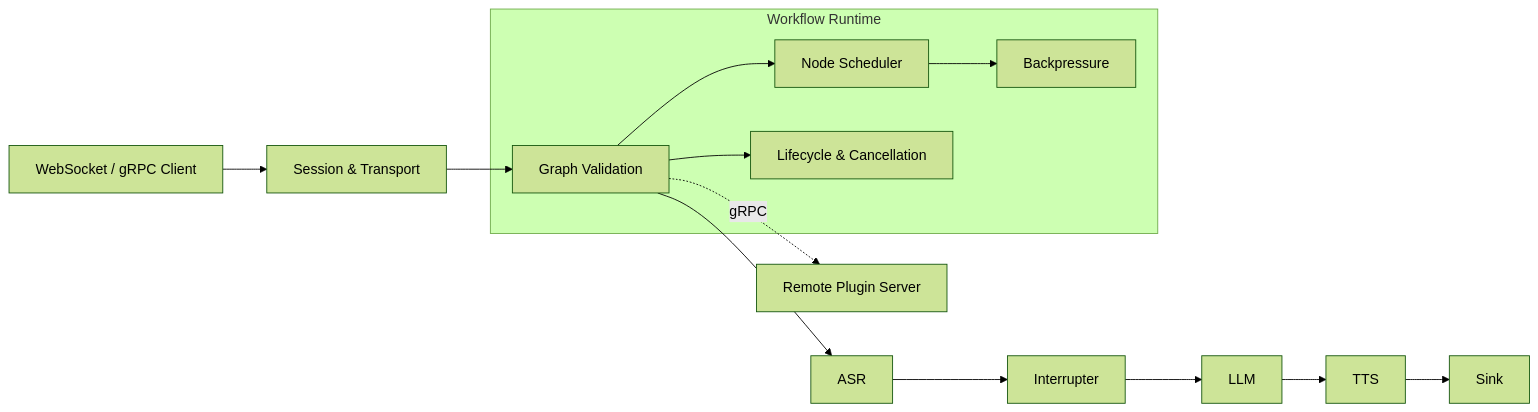
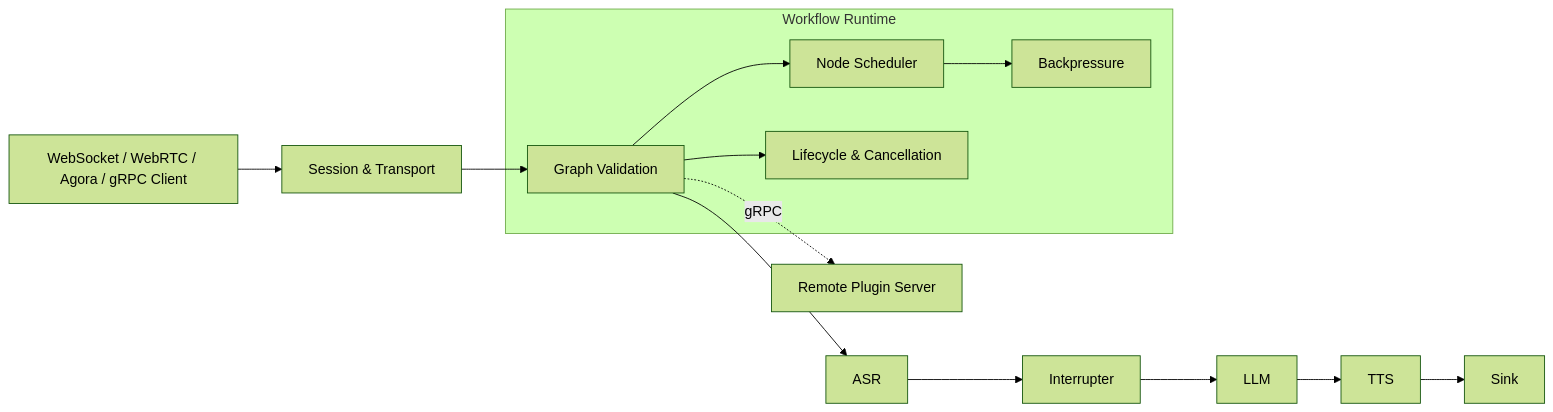
Before and after one commit to wnnce/voce: the diagram in README.md, drawn with Mermaid (forest theme). The commit also changed other lines of this file and 2 other files, not shown here.

Commit message:
docs: update readme and plugin reference for webrtc agora and translator

````diff
--- a/README.md
+++ b/README.md
@@ -38,23 +38,23 @@
 ```mermaid
 flowchart LR
-    Client[WebSocket / gRPC Client] --> Session[Session & Transport]
+    Client[WebSocket / WebRTC / Agora / gRPC Client] --> Session[Session & Transport]
     Session --> Graph
 
     subgraph Workflow[Workflow Runtime]
         Graph[Graph Validation]
         Scheduler[Node Scheduler]
         Lifecycle[Lifecycle & Cancellation]
         Backpressure[Backpressure]
         Graph --> Scheduler
         Graph --> Lifecycle
         Scheduler --> Backpressure
     end
 
     Graph --> ASR
     ASR --> Interrupt[Interrupter]
     Interrupt --> LLM
     LLM --> TTS
     TTS --> Sink
 
     Graph -. gRPC .-> Remote[Remote Plugin Server]
 ```
````
